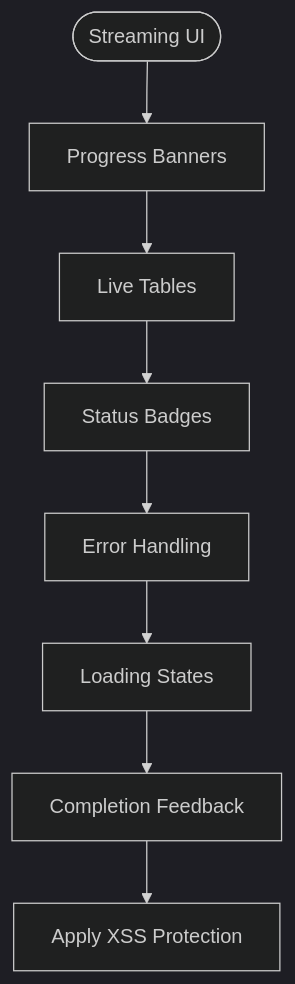
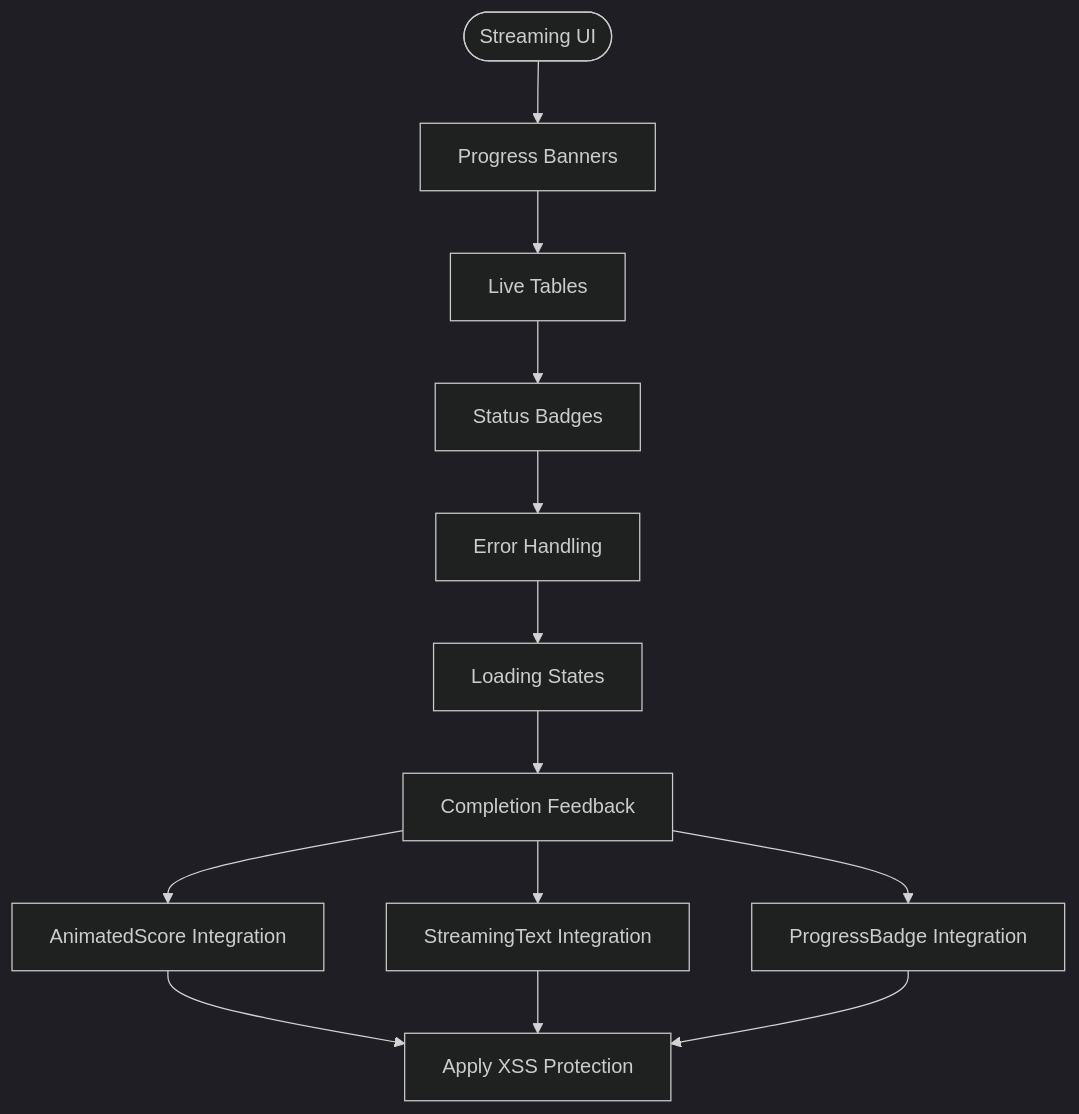
One commit to Revanththetalogics/aireume changed diagram 29 of 45 in .qoder/repowiki/en/content/Frontend Architecture/Frontend Architecture.md. Above: the diagram before and after it, drawn with Mermaid (dark theme). The commit also changed other lines of this file and 14 other files, not shown here.

````diff
--- a/.qoder/repowiki/en/content/Frontend Architecture/Frontend Architecture.md
+++ b/.qoder/repowiki/en/content/Frontend Architecture/Frontend Architecture.md
@@ -743,10 +1466,15 @@
 ```mermaid
 flowchart TD
 Start(["Streaming UI"]) --> Progress["Progress Banners"]
 Progress --> Live["Live Tables"]
 Live --> Status["Status Badges"]
 Status --> Errors["Error Handling"]
 Errors --> Loading["Loading States"]
 Loading --> Complete["Completion Feedback"]
-Complete --> SEC["Apply XSS Protection"]
+Complete --> AnimatedScore["AnimatedScore Integration"]
+Complete --> StreamingText["StreamingText Integration"]
+Complete --> ProgressBadge["ProgressBadge Integration"]
+AnimatedScore --> SEC["Apply XSS Protection"]
+StreamingText --> SEC
+ProgressBadge --> SEC
 ```
````
